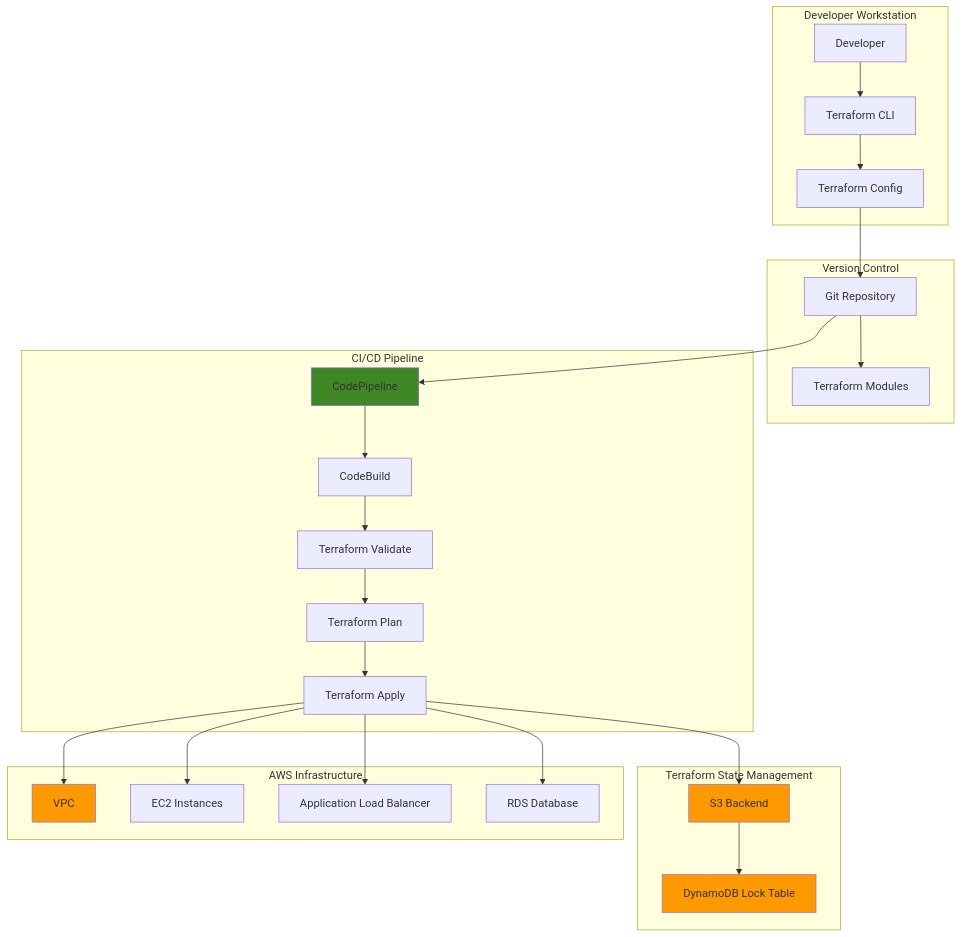
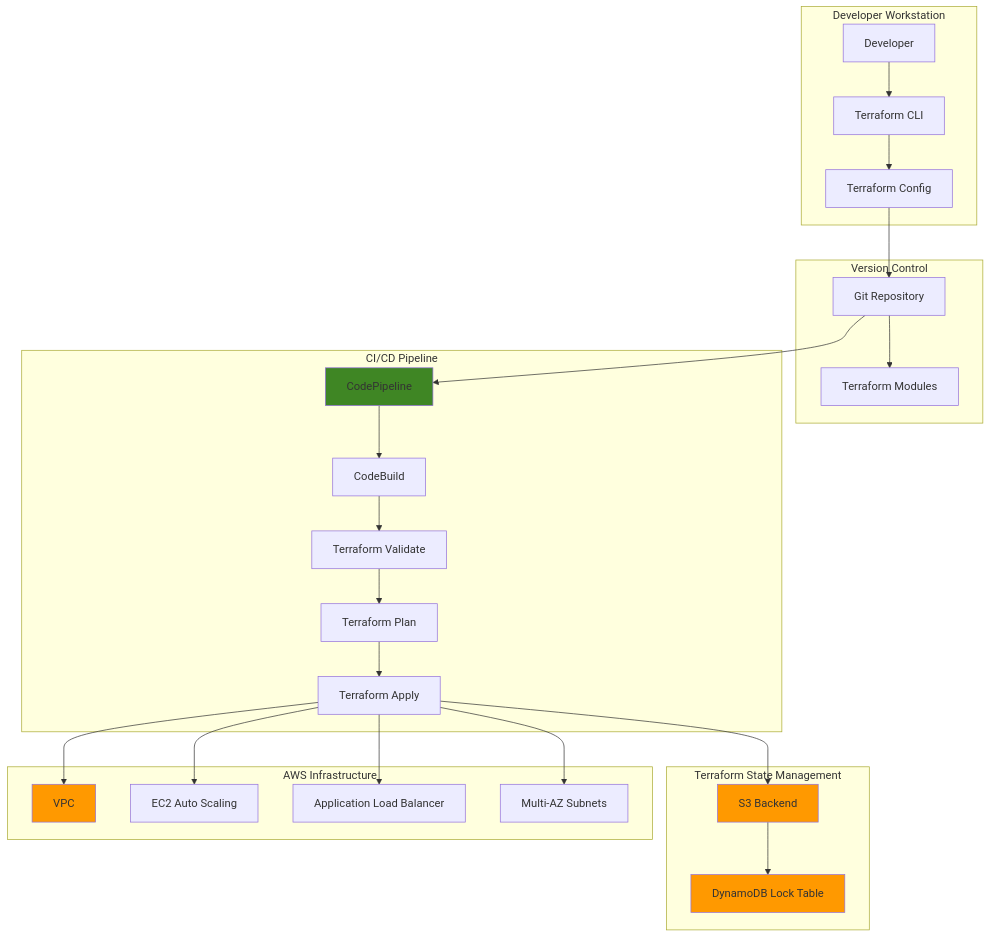
Before and after one commit to mzazon/awesome-cloud-projects: the diagram in aws/infrastructure-as-code-terraform/infrastructure-as-code-terraform.md, drawn with Mermaid. The commit also changed other lines of this file and 5581 other files, not shown here.

````diff
--- a/aws/infrastructure-as-code-terraform/infrastructure-as-code-terraform.md
+++ b/aws/infrastructure-as-code-terraform/infrastructure-as-code-terraform.md
@@ -31,54 +30,54 @@
 ```mermaid
 graph TB
     subgraph "Developer Workstation"
         DEV[Developer]
         TFCLI[Terraform CLI]
         TFCONFIG[Terraform Config]
     end
     
     subgraph "Version Control"
         GIT[Git Repository]
         MODULES[Terraform Modules]
     end
     
     subgraph "CI/CD Pipeline"
         PIPELINE[CodePipeline]
         BUILD[CodeBuild]
         VALIDATE[Terraform Validate]
         PLAN[Terraform Plan]
         APPLY[Terraform Apply]
     end
     
     subgraph "Terraform State Management"
         S3STATE[S3 Backend]
         DYNAMODB[DynamoDB Lock Table]
     end
     
     subgraph "AWS Infrastructure"
         VPC[VPC]
-        EC2[EC2 Instances]
+        EC2[EC2 Auto Scaling]
         ALB[Application Load Balancer]
-        RDS[RDS Database]
+        SUBNETS[Multi-AZ Subnets]
     end
     
     DEV --> TFCLI
     TFCLI --> TFCONFIG
     TFCONFIG --> GIT
     GIT --> MODULES
     GIT --> PIPELINE
     PIPELINE --> BUILD
     BUILD --> VALIDATE
     VALIDATE --> PLAN
     PLAN --> APPLY
     APPLY --> S3STATE
     S3STATE --> DYNAMODB
     APPLY --> VPC
     APPLY --> EC2
     APPLY --> ALB
-    APPLY --> RDS
+    APPLY --> SUBNETS
     
     style S3STATE fill:#FF9900
     style DYNAMODB fill:#FF9900
     style PIPELINE fill:#3F8624
     style VPC fill:#FF9900
 ```
````
